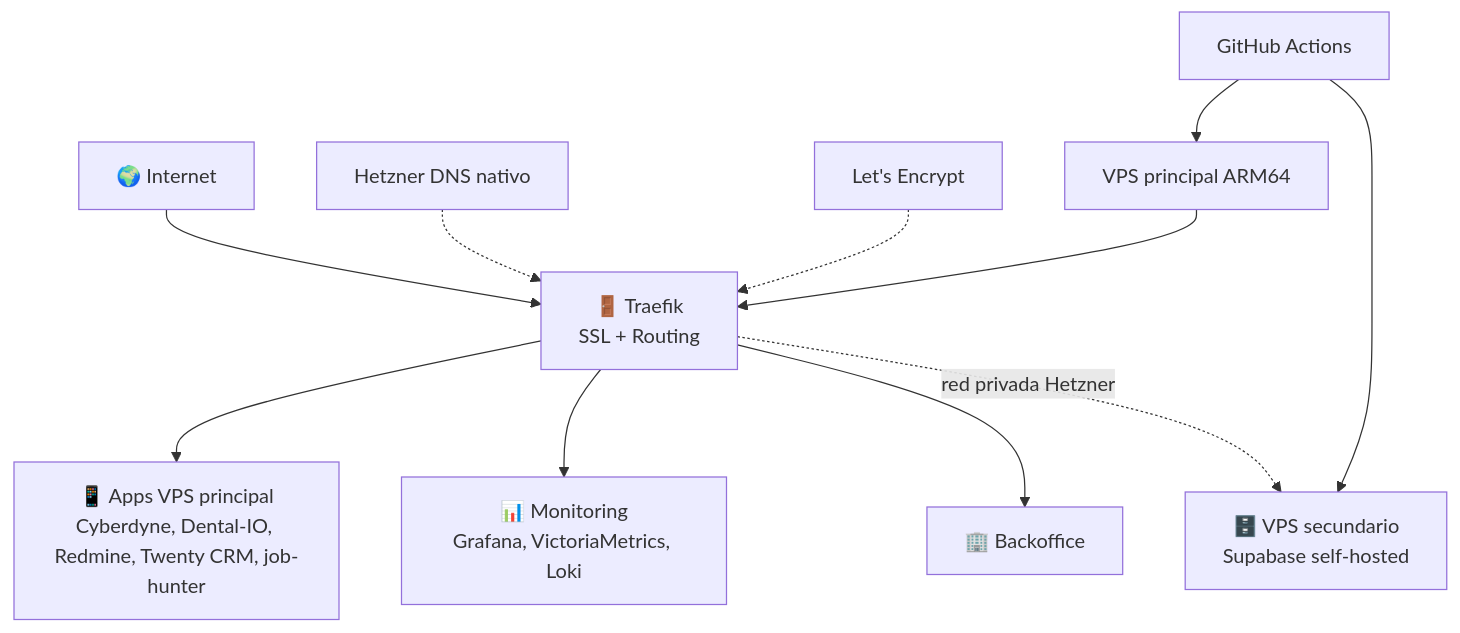
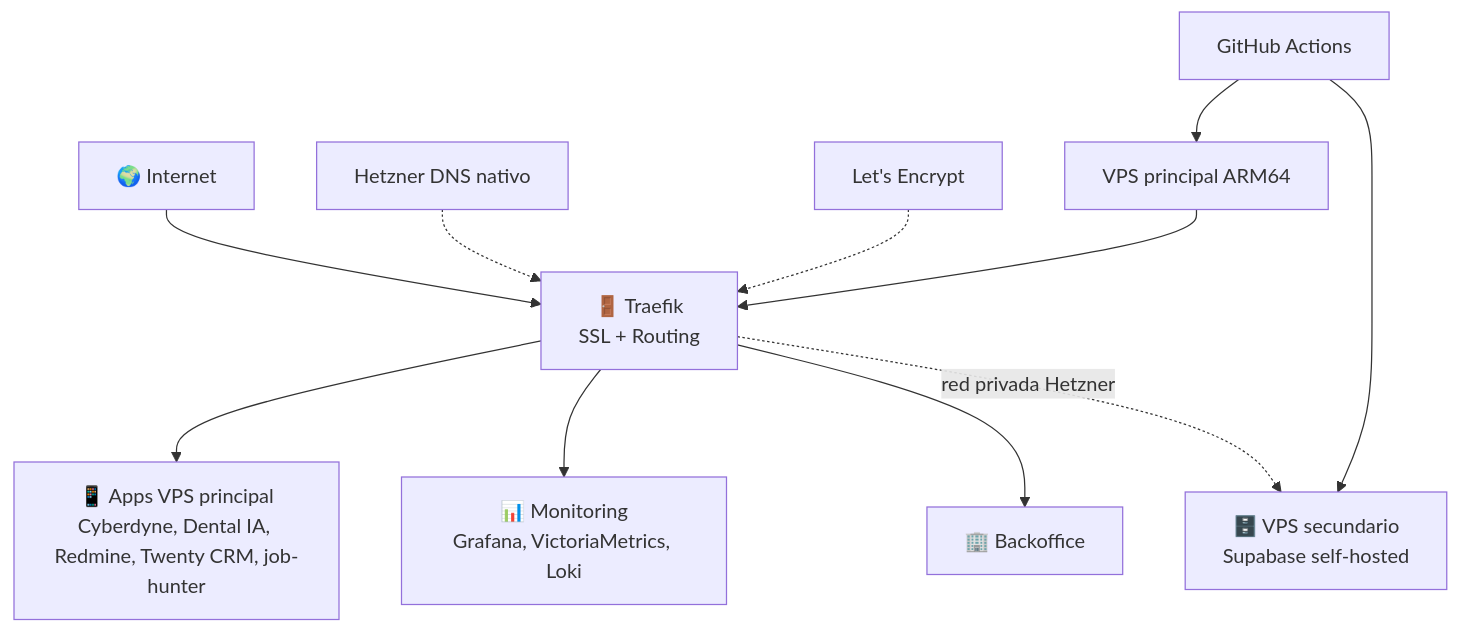
Before and after one commit to TechnoSpartan/iac-code-spartan: the diagram in README.md, drawn with Mermaid. The commit also changed other lines of this file and 22 other files, not shown here.

Commit message:
docs: update architecture docs, add agent guidance and blog drafts

````diff
--- a/README.md
+++ b/README.md
@@ -36,16 +36,16 @@
 ```mermaid
 graph TB
     Internet[🌍 Internet] --> Traefik[🚪 Traefik<br/>SSL + Routing]
 
-    Traefik --> Apps[📱 Apps VPS principal<br/>Cyberdyne, Dental-IO, Redmine, Twenty CRM, job-hunter]
+    Traefik --> Apps[📱 Apps VPS principal<br/>Cyberdyne, Dental IA, Redmine, Twenty CRM, job-hunter]
     Traefik --> Mon[📊 Monitoring<br/>Grafana, VictoriaMetrics, Loki]
     Traefik --> Back[🏢 Backoffice]
     Traefik -.->|red privada Hetzner| Apis[🗄️ VPS secundario<br/>Supabase self-hosted]
 
     DNS[Hetzner DNS nativo] -.-> Traefik
     LE[Let's Encrypt] -.-> Traefik
 
     CI[GitHub Actions] --> VPS[VPS principal ARM64]
     CI --> Apis
     VPS --> Traefik
 ```
````
